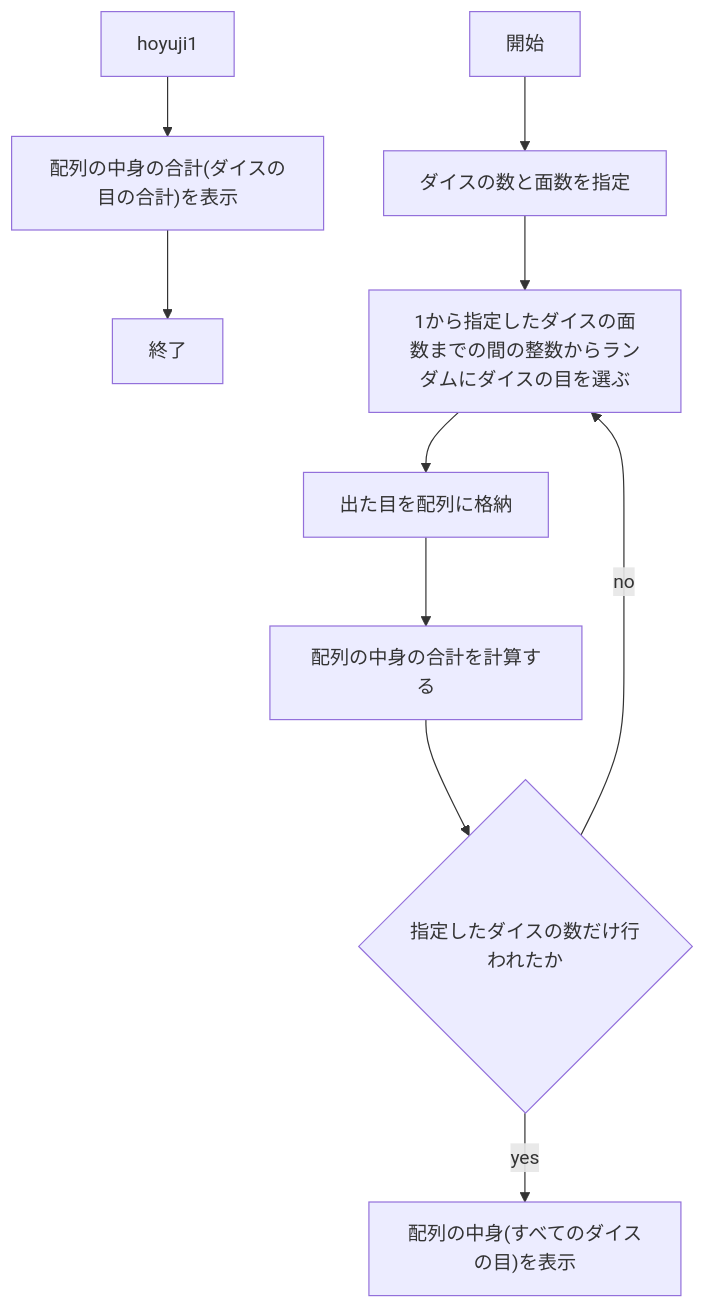
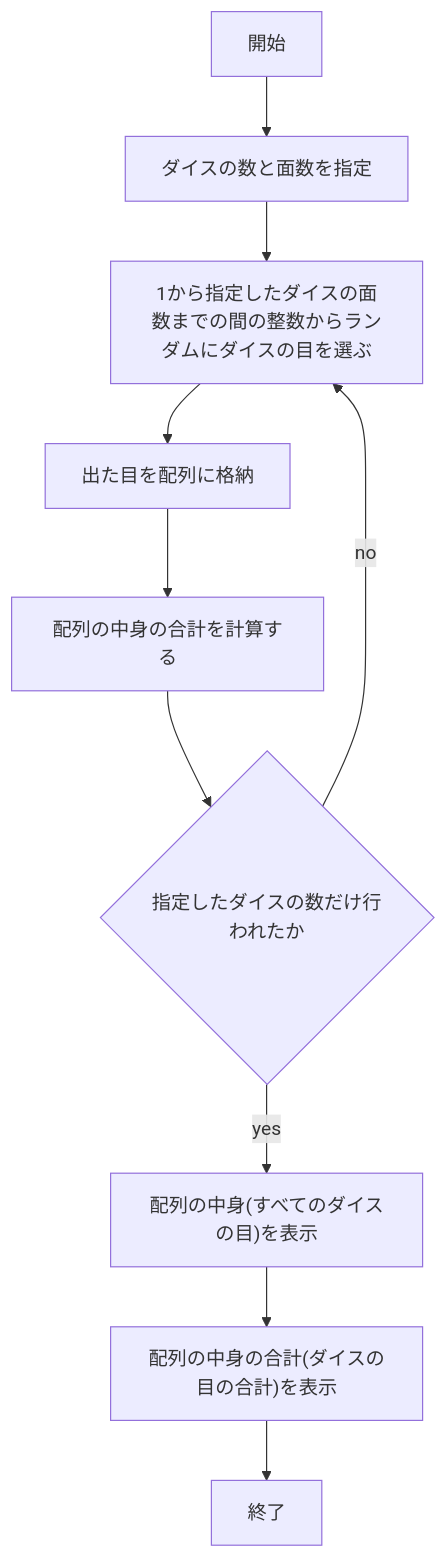
The second of 2 diagrams in README.md (kanayuu0404/webpro_06), drawn with Mermaid before and after one commit.

Commit message:
ダイスのフローチャートのうち間違えを修正(hoyuji1→hyouji1)

````diff
--- a/README.md
+++ b/README.md
@@ -68,23 +68,23 @@
 ```mermaid
 flowchart TD;
 
 start["開始"];
 end1["終了"]
 sitei["ダイスの数と面数を指定"]
 roll["1から指定したダイスの面数までの間の整数からランダムにダイスの目を選ぶ"]
 dice["出た目を配列に格納"]
 dices["配列の中身の合計を計算する"]
 if{"指定したダイスの数だけ行われたか"}
 hyouji1["配列の中身(すべてのダイスの目)を表示"]
 hyouji2["配列の中身の合計(ダイスの目の合計)を表示"]
 
 start --> sitei
 sitei --> roll
 roll --> dice
 dice --> dices
 dices --> if
 if -->|yes| hyouji1
 if -->|no| roll
-hoyuji1 --> hyouji2
+hyouji1 --> hyouji2
 hyouji2 --> end1
 ```
````
